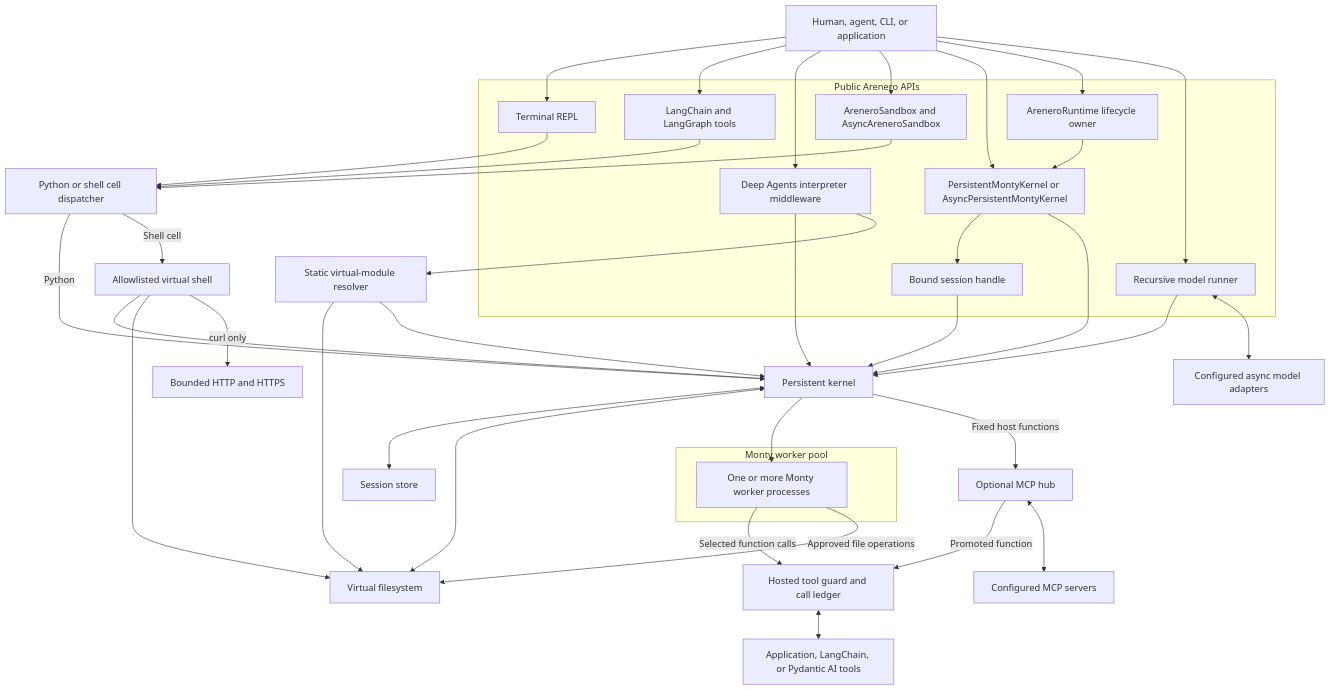
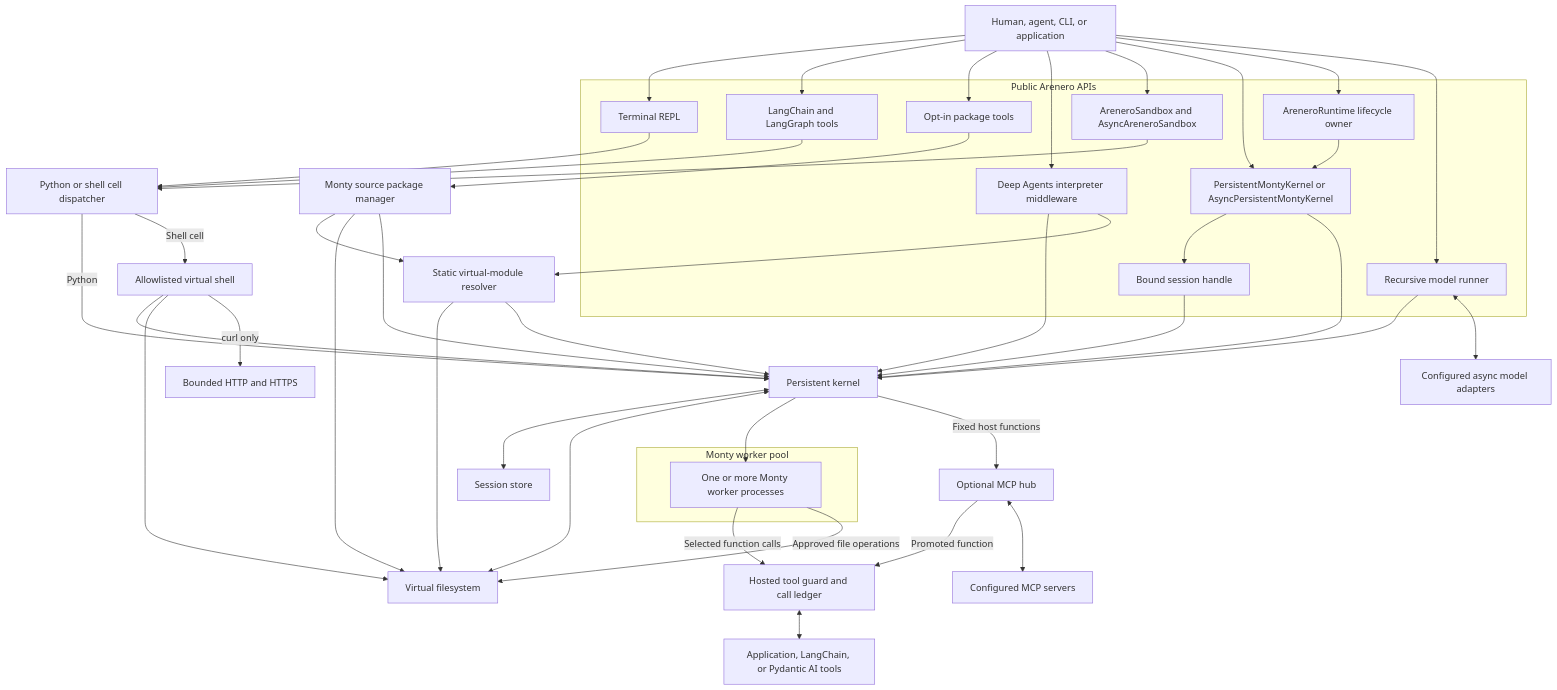
One commit to sgaseretto/arenero changed the first of 6 diagrams in docs/architecture.md. Above: the diagram before and after it, drawn with Mermaid. The commit also changed other lines of this file and 16 other files, not shown here.

Commit message:
feat: add Monty source package workflow

````diff
--- a/docs/architecture.md
+++ b/docs/architecture.md
@@ -9,67 +9,74 @@
 ```mermaid
 flowchart TB
     Caller["Human, agent, CLI, or application"]
 
     subgraph PublicAPI["Public Arenero APIs"]
         CLI["Terminal REPL"]
         Tools["LangChain and LangGraph tools"]
+        PackageTools["Opt-in package tools"]
         Deep["Deep Agents interpreter middleware"]
         Facade["AreneroSandbox and AsyncAreneroSandbox"]
         Runtime["AreneroRuntime lifecycle owner"]
         Recursive["Recursive model runner"]
         Handle["Bound session handle"]
         Direct["PersistentMontyKernel or AsyncPersistentMontyKernel"]
     end
 
     Cell["Python or shell cell dispatcher"]
     Shell["Allowlisted virtual shell"]
     Kernel["Persistent kernel"]
     Store["Session store"]
     Files["Virtual filesystem"]
     Network["Bounded HTTP and HTTPS"]
     Hosted["Hosted tool guard and call ledger"]
     Modules["Static virtual-module resolver"]
+    Packages["Monty source package manager"]
     Frameworks["Application, LangChain, or Pydantic AI tools"]
     McpHub["Optional MCP hub"]
     McpServers["Configured MCP servers"]
     Models["Configured async model adapters"]
 
     subgraph Worker["Monty worker pool"]
         VM["One or more Monty worker processes"]
     end
 
     Caller --> CLI
     Caller --> Tools
+    Caller --> PackageTools
     Caller --> Deep
     Caller --> Facade
     Caller --> Direct
     Caller --> Runtime
     Caller --> Recursive
     Runtime --> Direct
     Direct --> Handle
     Recursive --> Kernel
     Recursive <--> Models
     Handle --> Kernel
     CLI --> Cell
     Tools --> Cell
     Deep --> Kernel
     Deep --> Modules
     Facade --> Cell
     Cell -->|Python| Kernel
     Cell -->|Shell cell| Shell
     Direct --> Kernel
     Shell --> Kernel
     Kernel <--> Store
     Kernel <--> Files
     Modules --> Files
     Modules --> Kernel
+    PackageTools --> Packages
+    Packages --> Modules
+    Packages --> Files
+    Packages --> Kernel
     Kernel --> VM
     VM -->|Selected function calls| Hosted
     Hosted <--> Frameworks
     VM -->|Approved file operations| Files
     Shell --> Files
     Shell -->|curl only| Network
     Kernel -->|Fixed host functions| McpHub
     McpHub -->|Promoted function| Hosted
     McpHub <--> McpServers
 ```
````
